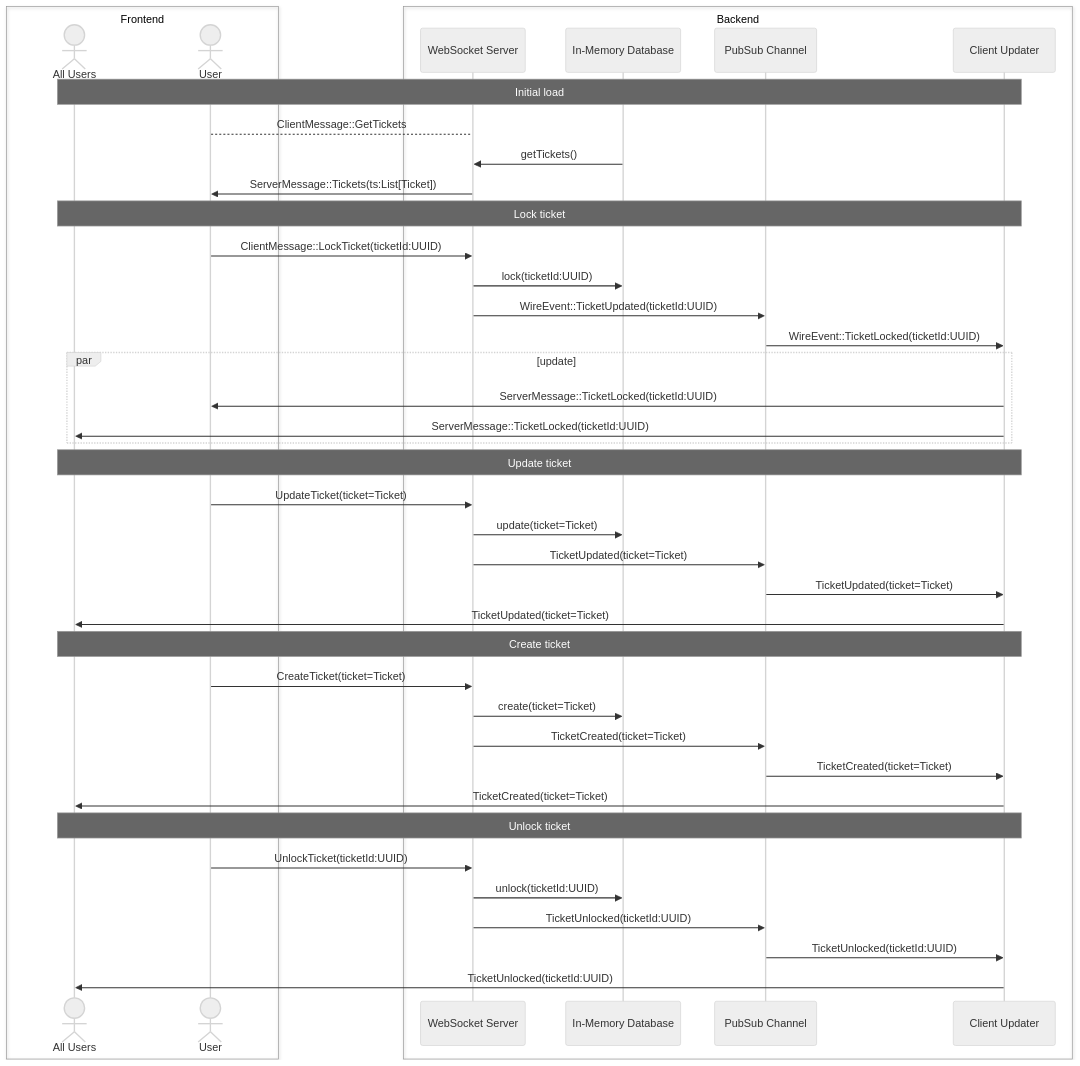
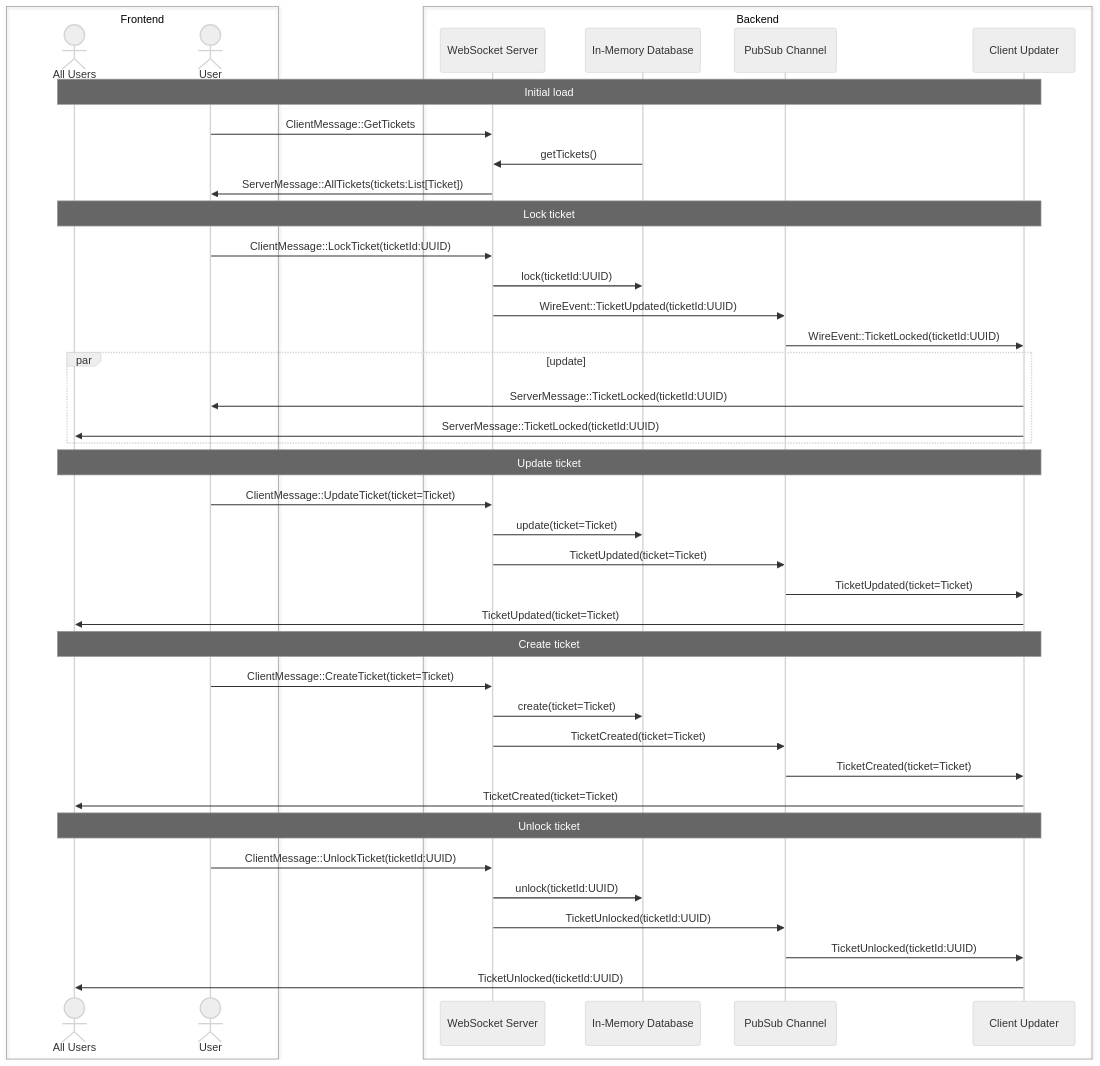
One commit to mtavkhelidze/les-billets changed the diagram in readme.md. Above: the diagram before and after it, drawn with Mermaid (neutral theme). The commit also changed 20 other files, not shown here.

````diff
--- a/readme.md
+++ b/readme.md
@@ -14,44 +14,44 @@
 ```mermaid
 sequenceDiagram
     box Frontend
         actor all as All Users
         actor cl as User
     end
     box Backend
         participant ws as WebSocket Server
         participant db as In-Memory Database
         participant pubSub as PubSub Channel
         participant updater as Client Updater
     end
     note over all, updater: Initial load
-    cl --> ws: ClientMessage::GetTickets
+    cl ->> ws: ClientMessage::GetTickets
     db ->> ws: getTickets()
-    ws ->> cl: ServerMessage::Tickets(ts:List[Ticket])
+    ws ->> cl: ServerMessage::AllTickets(tickets:List[Ticket])
     note over all, updater: Lock ticket
     cl ->> ws: ClientMessage::LockTicket(ticketId:UUID)
     ws ->> db: lock(ticketId:UUID)
     ws ->> pubSub: WireEvent::TicketUpdated(ticketId:UUID)
     pubSub ->> updater: WireEvent::TicketLocked(ticketId:UUID)
     par update
         updater ->>  cl: ServerMessage::TicketLocked(ticketId:UUID)
         updater ->> all: ServerMessage::TicketLocked(ticketId:UUID)
     end
     note over all, updater: Update ticket
-    cl ->> ws: UpdateTicket(ticket=Ticket)
+    cl ->> ws: ClientMessage::UpdateTicket(ticket=Ticket)
     ws ->> db: update(ticket=Ticket)
     ws ->> pubSub: TicketUpdated(ticket=Ticket)
     pubSub ->> updater: TicketUpdated(ticket=Ticket)
     updater ->> all: TicketUpdated(ticket=Ticket)
     note over all, updater: Create ticket
-    cl ->> ws: CreateTicket(ticket=Ticket)
+    cl ->> ws: ClientMessage::CreateTicket(ticket=Ticket)
     ws ->> db: create(ticket=Ticket)
     ws ->> pubSub: TicketCreated(ticket=Ticket)
     pubSub ->> updater: TicketCreated(ticket=Ticket)
     updater ->> all: TicketCreated(ticket=Ticket)
     note over all, updater: Unlock ticket
-    cl ->> ws: UnlockTicket(ticketId:UUID)
+    cl ->> ws: ClientMessage::UnlockTicket(ticketId:UUID)
     ws ->> db: unlock(ticketId:UUID)
     ws ->> pubSub: TicketUnlocked(ticketId:UUID)
     pubSub ->> updater: TicketUnlocked(ticketId:UUID)
     updater ->> all: TicketUnlocked(ticketId:UUID)
 ```
````
